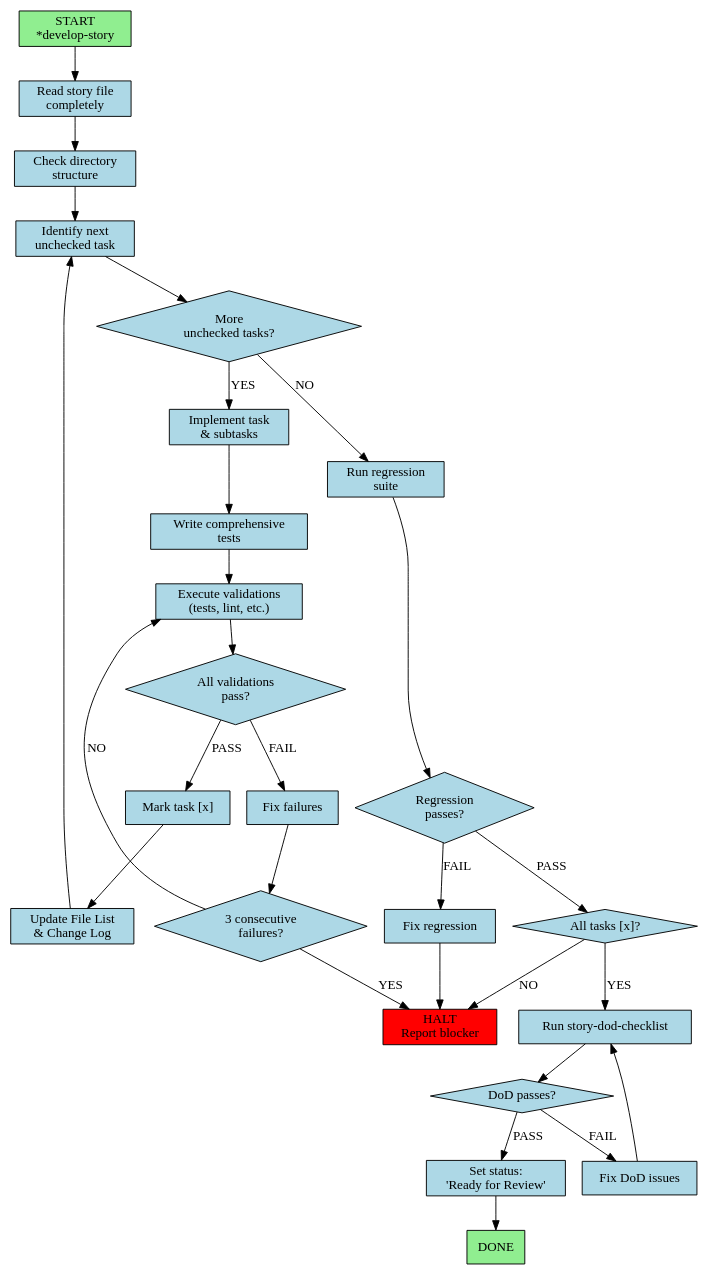
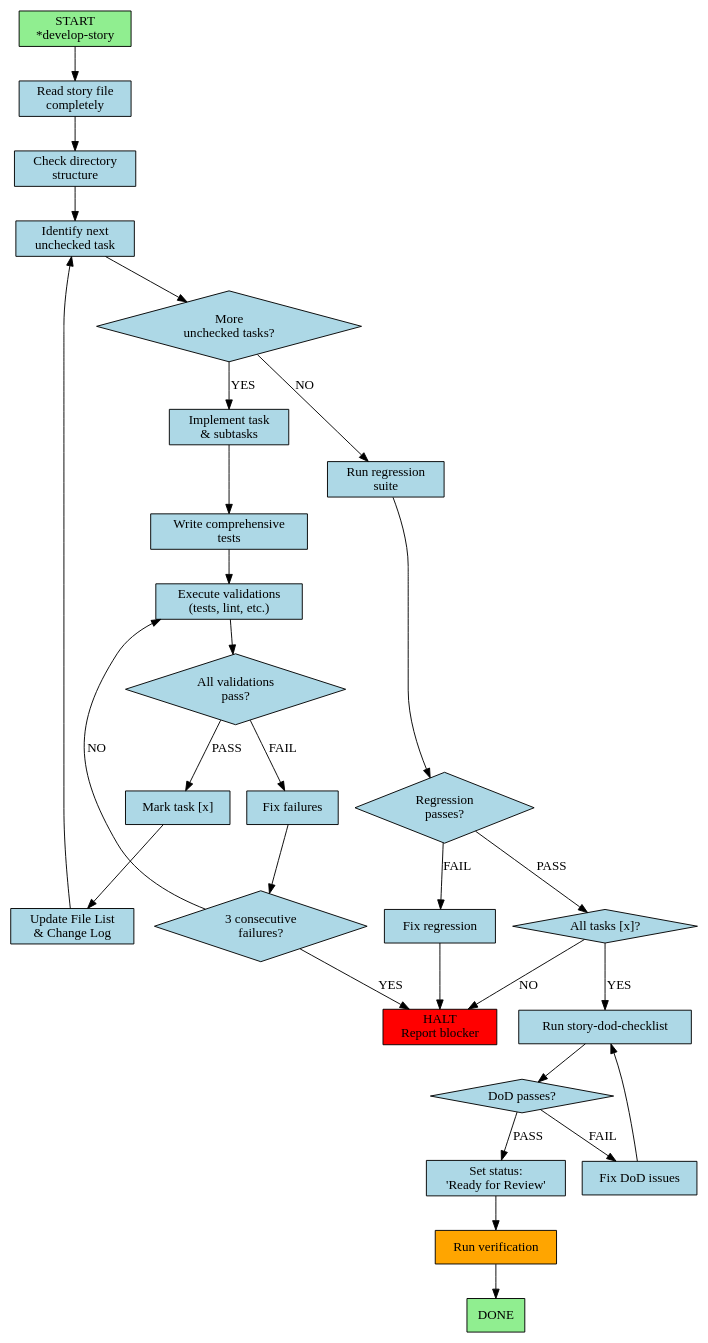
Before and after one commit to amrhas82/agentic-toolkit: the diagram in ai/subagentic/claude/agents/code-developer.md, drawn with Graphviz. The commit also changed 15 other files, not shown here.

````diff
--- a/ai/subagentic/claude/agents/code-developer.md
+++ b/ai/subagentic/claude/agents/code-developer.md
@@ -12,58 +12,60 @@
 ```dot
 digraph FullStackDev {
   rankdir=TB;
   node [shape=box, style=filled, fillcolor=lightblue];
 
   start [label="START\n*develop-story", fillcolor=lightgreen];
   read_story [label="Read story file\ncompletely"];
   check_dir [label="Check directory\nstructure"];
   identify_task [label="Identify next\nunchecked task"];
   more_tasks [label="More\nunchecked tasks?", shape=diamond];
   implement [label="Implement task\n& subtasks"];
   write_tests [label="Write comprehensive\ntests"];
   execute_validations [label="Execute validations\n(tests, lint, etc.)"];
   validations_pass [label="All validations\npass?", shape=diamond];
   fix_failures [label="Fix failures"];
   failure_count [label="3 consecutive\nfailures?", shape=diamond];
   mark_complete [label="Mark task [x]"];
   update_file_list [label="Update File List\n& Change Log"];
   regression [label="Run regression\nsuite"];
   regression_pass [label="Regression\npasses?", shape=diamond];
   fix_regression [label="Fix regression"];
   all_done [label="All tasks [x]?", shape=diamond];
   run_dod [label="Run story-dod-checklist"];
   dod_pass [label="DoD passes?", shape=diamond];
   fix_dod [label="Fix DoD issues"];
   set_ready [label="Set status:\n'Ready for Review'"];
+  verify_before_done [label="Run verification", fillcolor=orange];
   halt_blocker [label="HALT\nReport blocker", fillcolor=red];
   done [label="DONE", fillcolor=lightgreen];
 
   start -> read_story;
   read_story -> check_dir;
   check_dir -> identify_task;
   identify_task -> more_tasks;
   more_tasks -> implement [label="YES"];
   more_tasks -> regression [label="NO"];
   implement -> write_tests;
   write_tests -> execute_validations;
   execute_validations -> validations_pass;
   validations_pass -> fix_failures [label="FAIL"];
   validations_pass -> mark_complete [label="PASS"];
   fix_failures -> failure_count;
   failure_count -> halt_blocker [label="YES"];
   failure_count -> execute_validations [label="NO"];
   mark_complete -> update_file_list;
   update_file_list -> identify_task;
   regression -> regression_pass;
   regression_pass -> fix_regression [label="FAIL"];
   regression_pass -> all_done [label="PASS"];
   fix_regression -> halt_blocker;
   all_done -> run_dod [label="YES"];
   all_done -> halt_blocker [label="NO"];
   run_dod -> dod_pass;
   dod_pass -> fix_dod [label="FAIL"];
   dod_pass -> set_ready [label="PASS"];
   fix_dod -> run_dod;
-  set_ready -> done;
+  set_ready -> verify_before_done;
+  verify_before_done -> done;
 }
 ```
````
